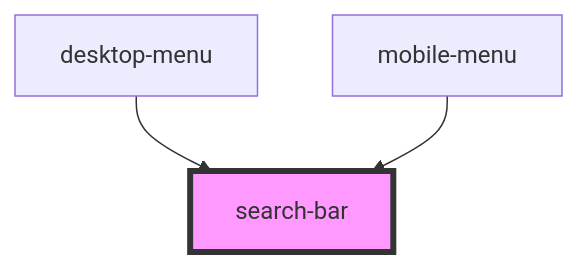
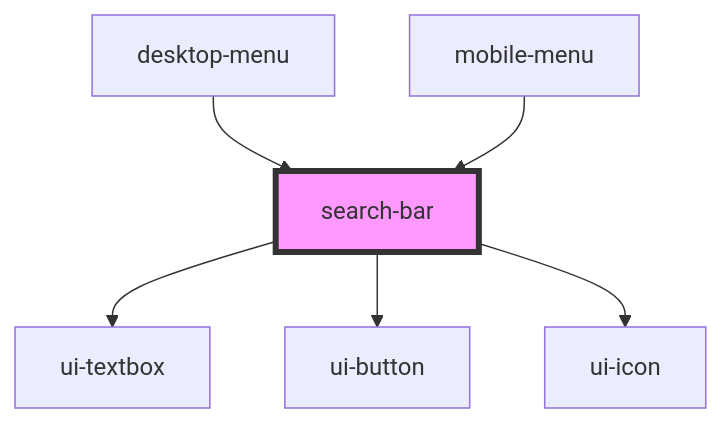
The diagram in src/components/avon-header/search-bar/readme.md (ankitghanekar-hcl/ui-shared-web-components), drawn with Mermaid before and after one commit. The commit also changed other lines of this file and 33 other files, not shown here.

````diff
--- a/src/components/avon-header/search-bar/readme.md
+++ b/src/components/avon-header/search-bar/readme.md
@@ -14,6 +20,9 @@
 ```mermaid
 graph TD;
+  search-bar --> ui-textbox
+  search-bar --> ui-button
+  search-bar --> ui-icon
   desktop-menu --> search-bar
   mobile-menu --> search-bar
   style search-bar fill:#f9f,stroke:#333,stroke-width:4px
 ```
````
